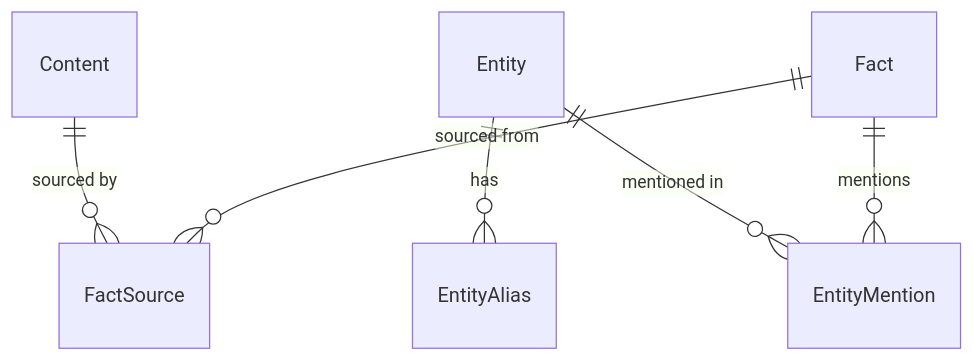
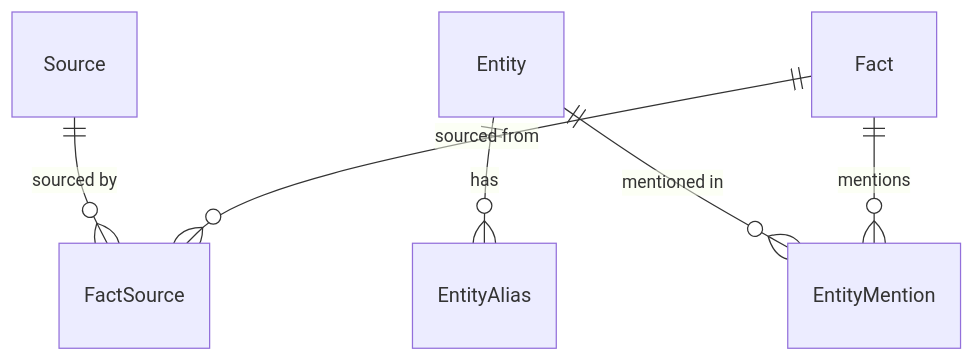
The diagram in docs/api/models/index.md (MadBomber/fact_db), drawn with Mermaid before and after one commit. The commit also changed other lines of this file and 45 other files, not shown here.

````diff
--- a/docs/api/models/index.md
+++ b/docs/api/models/index.md
@@ -70,8 +70,8 @@
 ```mermaid
 erDiagram
-    Content ||--o{ FactSource : "sourced by"
+    Source ||--o{ FactSource : "sourced by"
     Entity ||--o{ EntityAlias : "has"
     Entity ||--o{ EntityMention : "mentioned in"
     Fact ||--o{ EntityMention : "mentions"
     Fact ||--o{ FactSource : "sourced from"
 ```
````
